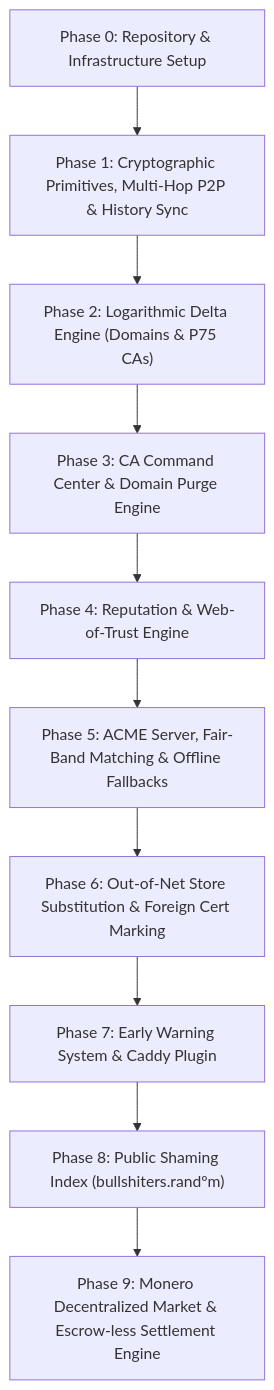
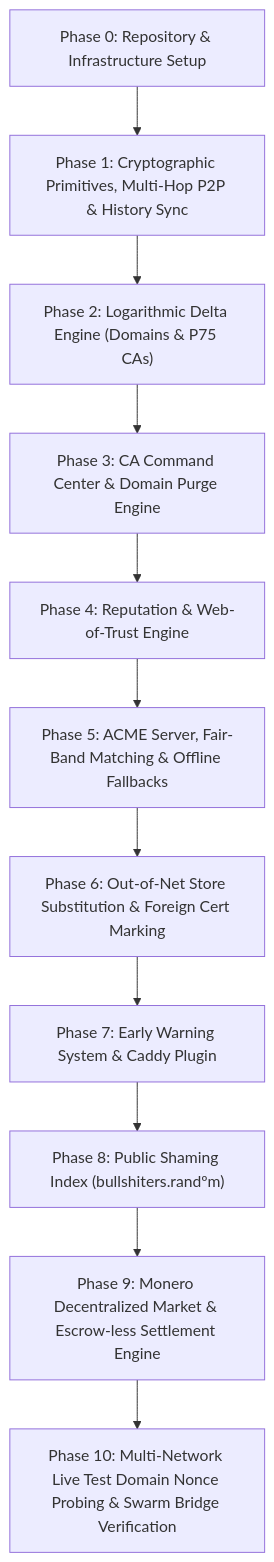
The diagram in FUNCTIONALITIES.md (TheRandomConsortium/randbotd), drawn with Mermaid before and after one commit. The commit also changed other lines of this file and 10 other files, not shown here.

````diff
--- a/FUNCTIONALITIES.md
+++ b/FUNCTIONALITIES.md
@@ -162,12 +172,13 @@
 ```mermaid
 graph TD
     A["Phase 0: Repository & Infrastructure Setup"] --> B["Phase 1: Cryptographic Primitives, Multi-Hop P2P & History Sync"]
     B --> C["Phase 2: Logarithmic Delta Engine (Domains & P75 CAs)"]
     C --> D["Phase 3: CA Command Center & Domain Purge Engine"]
     D --> E["Phase 4: Reputation & Web-of-Trust Engine"]
     E --> F["Phase 5: ACME Server, Fair-Band Matching & Offline Fallbacks"]
     F --> G["Phase 6: Out-of-Net Store Substitution & Foreign Cert Marking"]
     G --> H["Phase 7: Early Warning System & Caddy Plugin"]
     H --> I["Phase 8: Public Shaming Index (bullshiters.randºm)"]
     I --> J["Phase 9: Monero Decentralized Market & Escrow-less Settlement Engine"]
+    J --> K["Phase 10: Multi-Network Live Test Domain Nonce Probing & Swarm Bridge Verification"]
 ```
````
